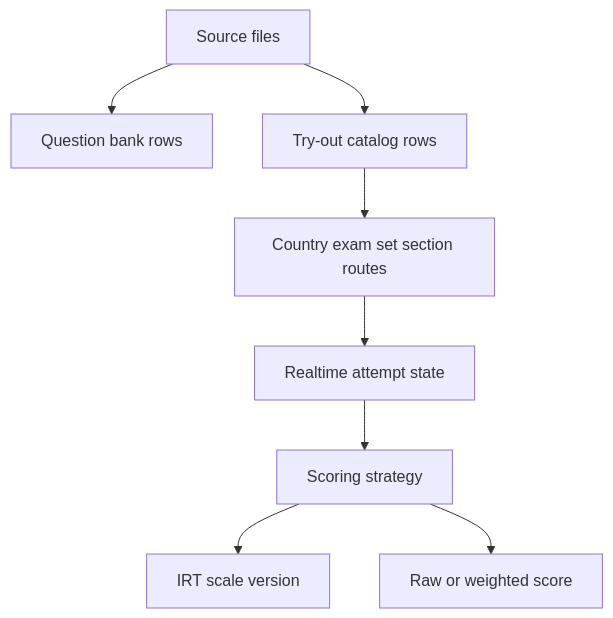
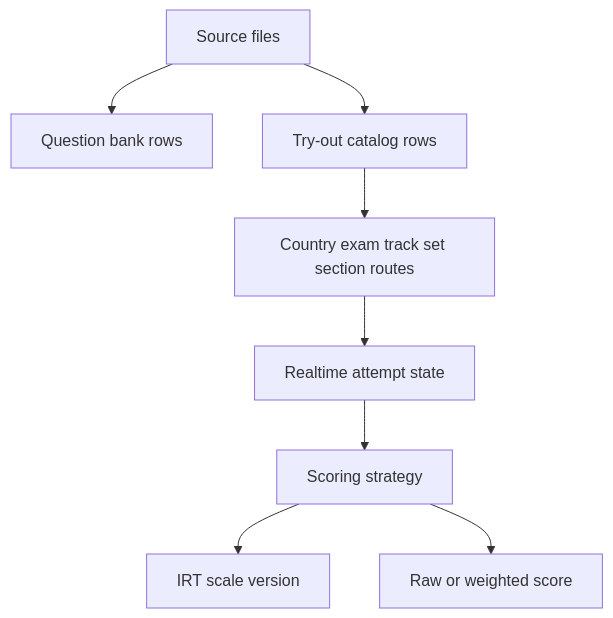
The diagram in docs/adr/0003-tryout-country-exam-architecture.md (nakafaai/nakafa.com), drawn with Mermaid before and after one commit. The commit also changed other lines of this file and 376 other files, not shown here.

````diff
--- a/docs/adr/0003-tryout-country-exam-architecture.md
+++ b/docs/adr/0003-tryout-country-exam-architecture.md
@@ -47,19 +47,19 @@
 ```mermaid
 flowchart TD
   Source["Source files"]
   Bank["Question bank rows"]
   Catalog["Try-out catalog rows"]
-  Route["Country exam set section routes"]
+  Route["Country exam track set section routes"]
   Attempt["Realtime attempt state"]
   Score["Scoring strategy"]
   IRT["IRT scale version"]
   Raw["Raw or weighted score"]
 
   Source --> Bank
   Source --> Catalog
   Catalog --> Route
   Route --> Attempt
   Attempt --> Score
   Score --> IRT
   Score --> Raw
 ```
````
